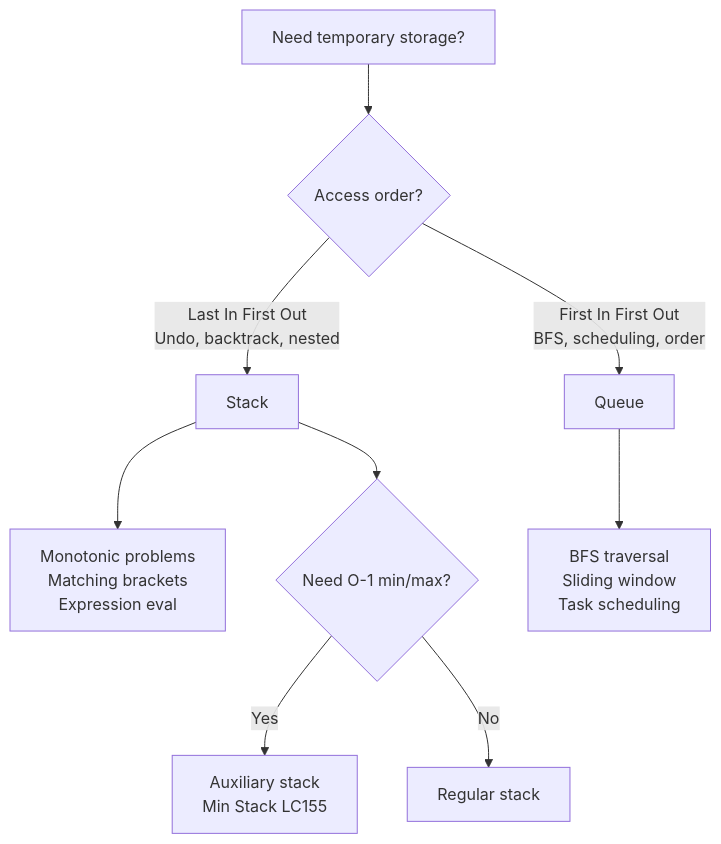
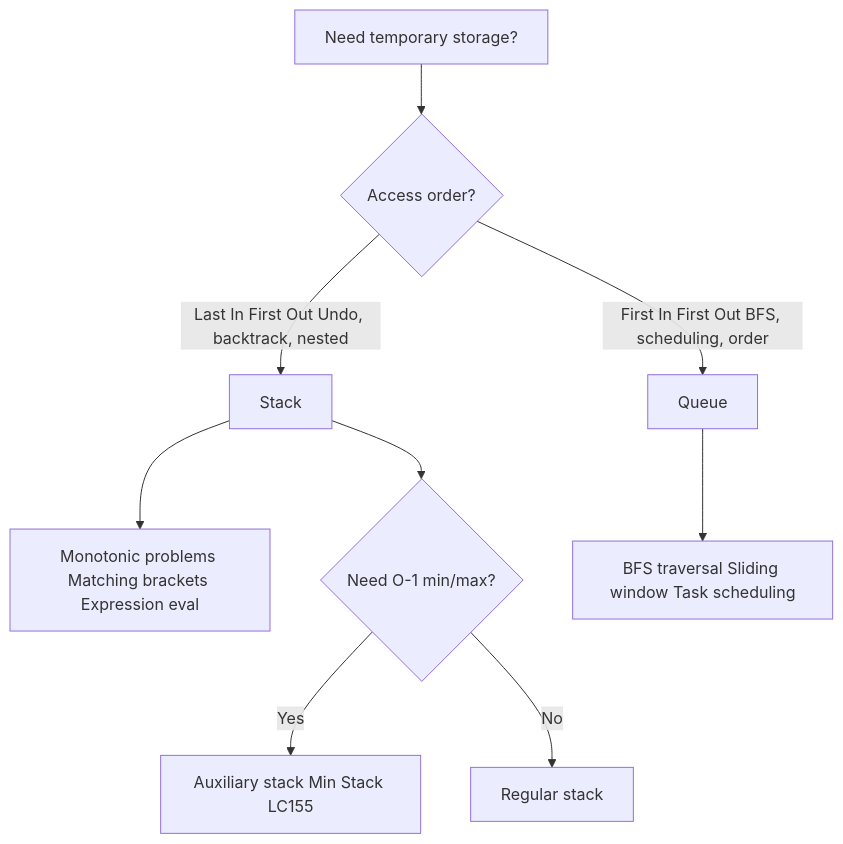
The fourth of 5 diagrams in stack/README.md (deepanshu-rawat6/AlgoAtlas), drawn with Mermaid before and after one commit. The commit also changed other lines of this file and 13 other files, not shown here.

````diff
--- a/stack/README.md
+++ b/stack/README.md
@@ -88,11 +88,11 @@
 ```mermaid
 flowchart TD
     A[Need temporary storage?] --> B{"Access order?"}
-    B -->|Last In First Out<br>Undo, backtrack, nested| C[Stack]
-    B -->|First In First Out<br>BFS, scheduling, order| D[Queue]
-    C --> C1[Monotonic problems<br>Matching brackets<br>Expression eval]
-    D --> D1[BFS traversal<br>Sliding window<br>Task scheduling]
+    B -->|Last In First Out Undo, backtrack, nested| C[Stack]
+    B -->|First In First Out BFS, scheduling, order| D[Queue]
+    C --> C1[Monotonic problems Matching brackets Expression eval]
+    D --> D1[BFS traversal Sliding window Task scheduling]
     C --> C2{"Need O-1 min/max?"}
-    C2 -->|Yes| C3[Auxiliary stack<br>Min Stack LC155]
+    C2 -->|Yes| C3[Auxiliary stack Min Stack LC155]
     C2 -->|No| C4[Regular stack]
 ```
````
